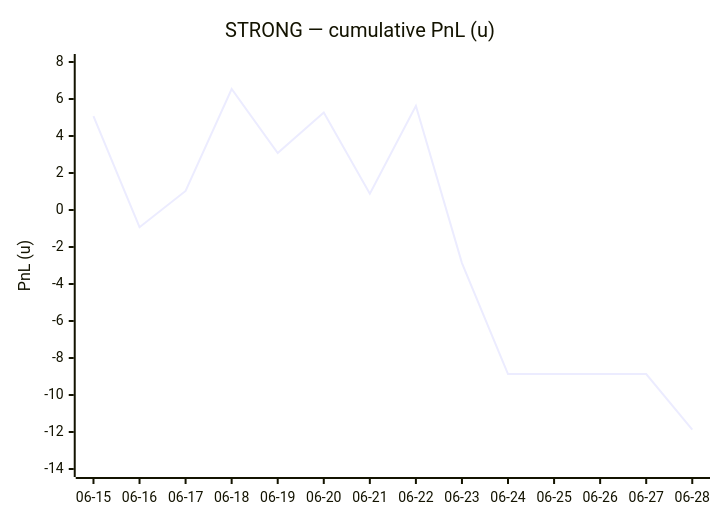
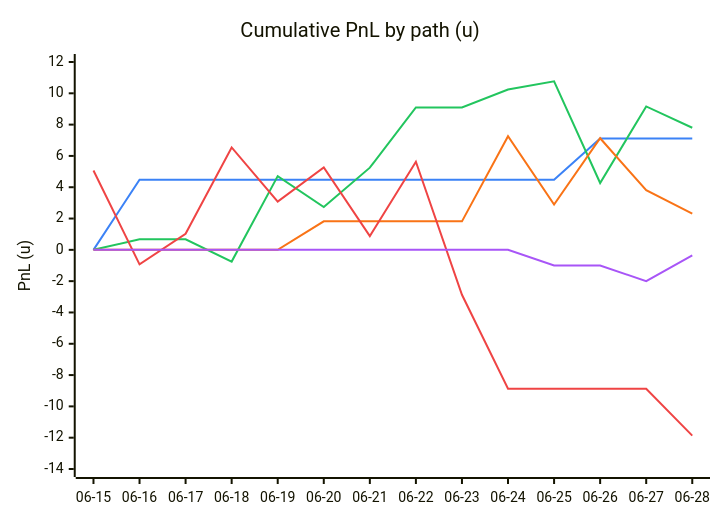
Before and after one commit to dpk1212/nhl-savant: the first of 5 diagrams in DAILY_AGSU_REPORT.md, drawn with Mermaid. The commit also changed other lines of this file and 1 other file, not shown here.

First line of the commit message:
feat(agsu-report): §5b as two consolidated multi-line charts (PnL + win% per path)

````diff
--- a/DAILY_AGSU_REPORT.md
+++ b/DAILY_AGSU_REPORT.md
@@ -249,7 +195,12 @@
 ```mermaid
+%%{init: {"themeVariables": {"xyChart": {"plotColorPalette": "#3b82f6,#22c55e,#f97316,#ef4444,#a855f7"}}}}%%
 xychart-beta
-    title "STRONG — cumulative PnL (u)"
+    title "Cumulative PnL by path (u)"
     x-axis ["06-15", "06-16", "06-17", "06-18", "06-19", "06-20", "06-21", "06-22", "06-23", "06-24", "06-25", "06-26", "06-27", "06-28"]
-    y-axis "PnL (u)" -14 --> 8
+    y-axis "PnL (u)" -14 --> 12
+    line [0, 4.48, 4.48, 4.48, 4.48, 4.48, 4.48, 4.48, 4.48, 4.48, 4.48, 7.12, 7.12, 7.12]
+    line [0, 0.67, 0.67, -0.75, 4.71, 2.73, 5.25, 9.1, 9.1, 10.24, 10.77, 4.27, 9.16, 7.8]
+    line [0, 0, 0, 0, 0, 1.82, 1.82, 1.82, 1.82, 7.26, 2.9, 7.13, 3.81, 2.32]
     line [5.07, -0.93, 1.03, 6.54, 3.08, 5.27, 0.88, 5.63, -2.87, -8.87, -8.87, -8.87, -8.87, -11.87]
+    line [0, 0, 0, 0, 0, 0, 0, 0, 0, 0, -1, -1, -2, -0.35]
 ```
````
